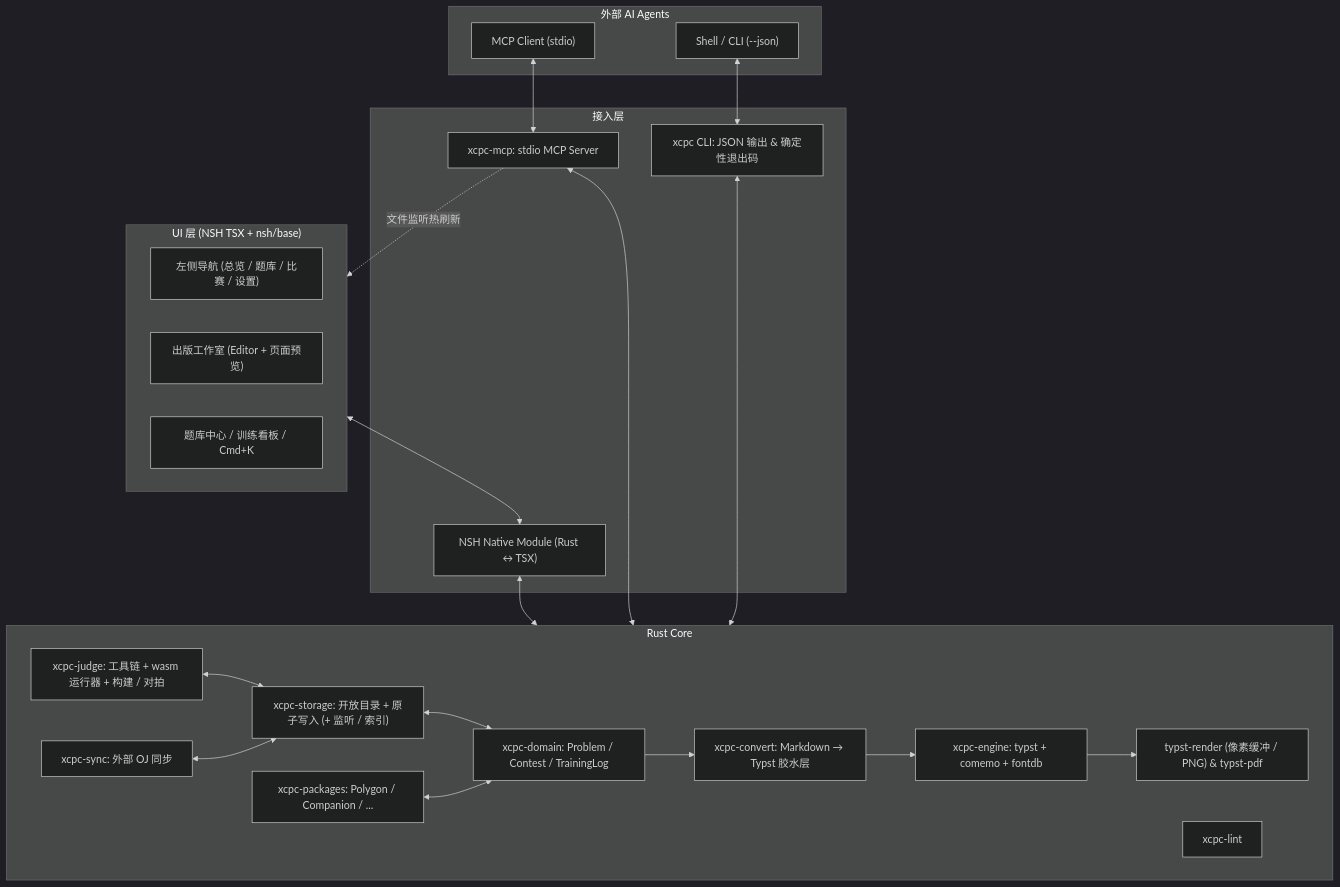
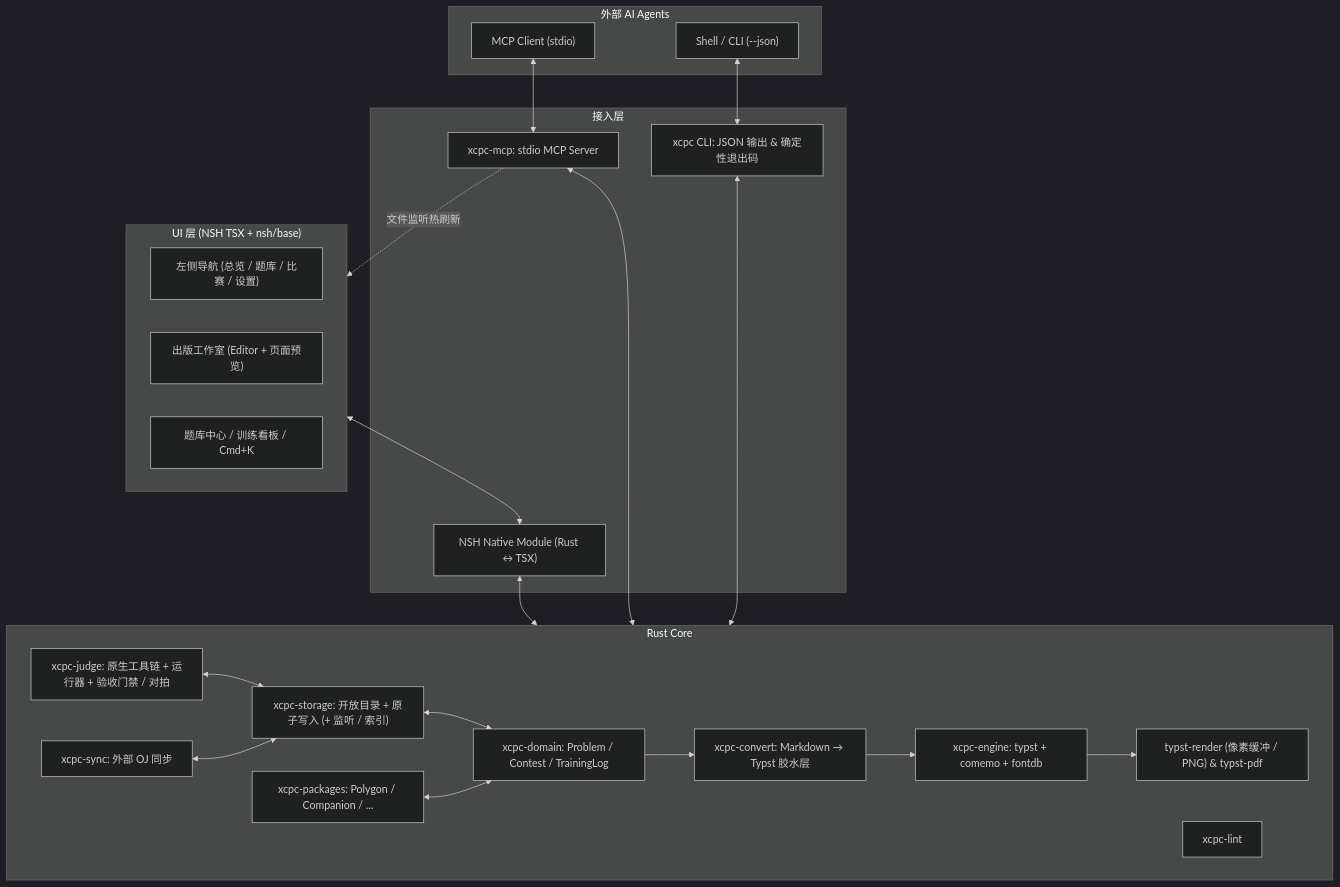
Before and after one commit to lihaoze123/xcpc-workstation: the first of 3 diagrams in docs/architecture.md, drawn with Mermaid (dark theme). The commit also changed other lines of this file and 3 other files, not shown here.

````diff
--- a/docs/architecture.md
+++ b/docs/architecture.md
@@ -23,46 +23,46 @@
 ```mermaid
 flowchart TD
     subgraph Agents["外部 AI Agents"]
         MCPClient["MCP Client (stdio)"]
         CLICaller["Shell / CLI (--json)"]
     end
 
     subgraph UI["UI 层 (NSH TSX + nsh/base)"]
         Rail["左侧导航 (总览 / 题库 / 比赛 / 设置)"]
         Studio["出版工作室 (Editor + 页面预览)"]
         Others["题库中心 / 训练看板 / Cmd+K"]
     end
 
     subgraph Entry["接入层"]
         Bridge["NSH Native Module (Rust ↔ TSX)"]
         MCP["xcpc-mcp: stdio MCP Server"]
         CLI["xcpc CLI: JSON 输出 & 确定性退出码"]
     end
 
     subgraph Core["Rust Core"]
         Store["xcpc-storage: 开放目录 + 原子写入 (+ 监听 / 索引)"]
         Model["xcpc-domain: Problem / Contest / TrainingLog"]
         Conv["xcpc-convert: Markdown → Typst 胶水层"]
         Lint["xcpc-lint"]
         Engine["xcpc-engine: typst + comemo + fontdb"]
         Render["typst-render (像素缓冲 / PNG) & typst-pdf"]
         Pkg["xcpc-packages: Polygon / Companion / ..."]
-        Judge["xcpc-judge: 工具链 + wasm 运行器 + 构建 / 对拍"]
+        Judge["xcpc-judge: 原生工具链 + 运行器 + 验收门禁 / 对拍"]
         Sync["xcpc-sync: 外部 OJ 同步"]
     end
 
     UI <--> Bridge
     MCPClient <--> MCP
     CLICaller <--> CLI
     Bridge <--> Core
     MCP <--> Core
     CLI <--> Core
     MCP -.->|"文件监听热刷新"| UI
     Store <--> Model
     Model --> Conv
     Conv --> Engine
     Engine --> Render
     Pkg <--> Model
     Judge <--> Store
     Sync <--> Store
 ```
````
